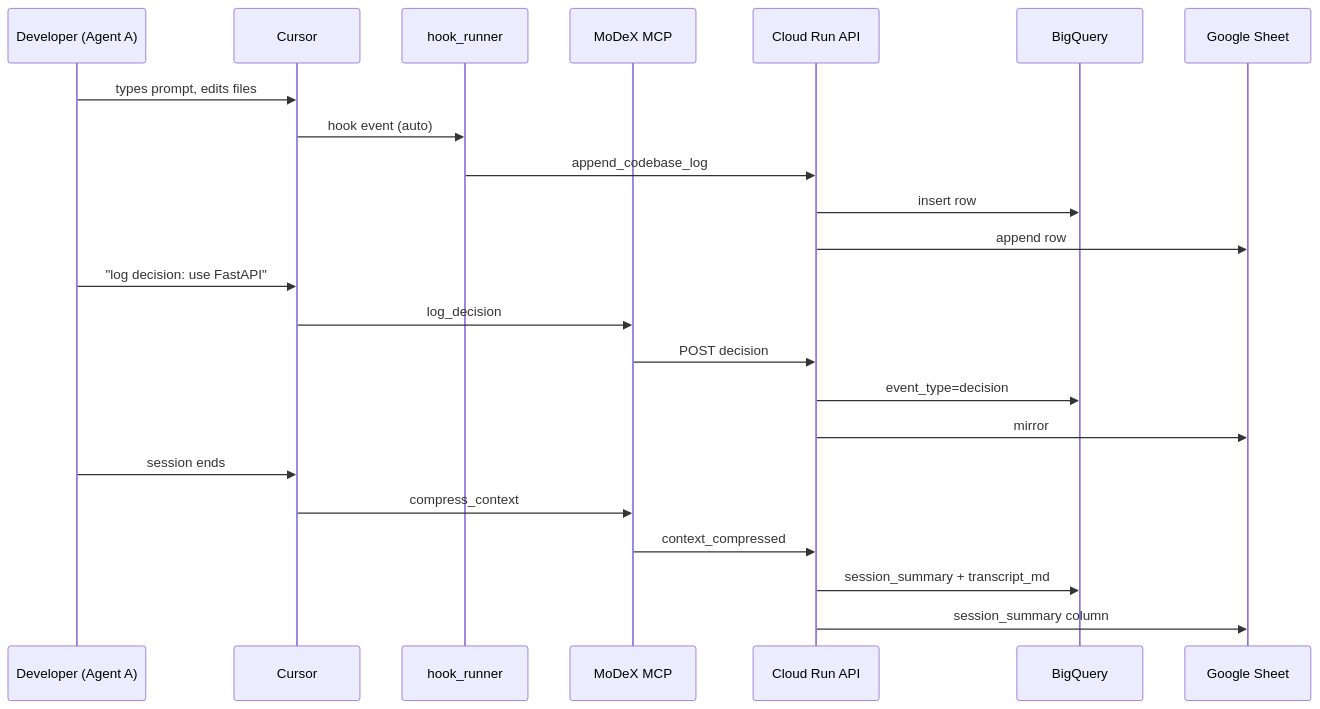
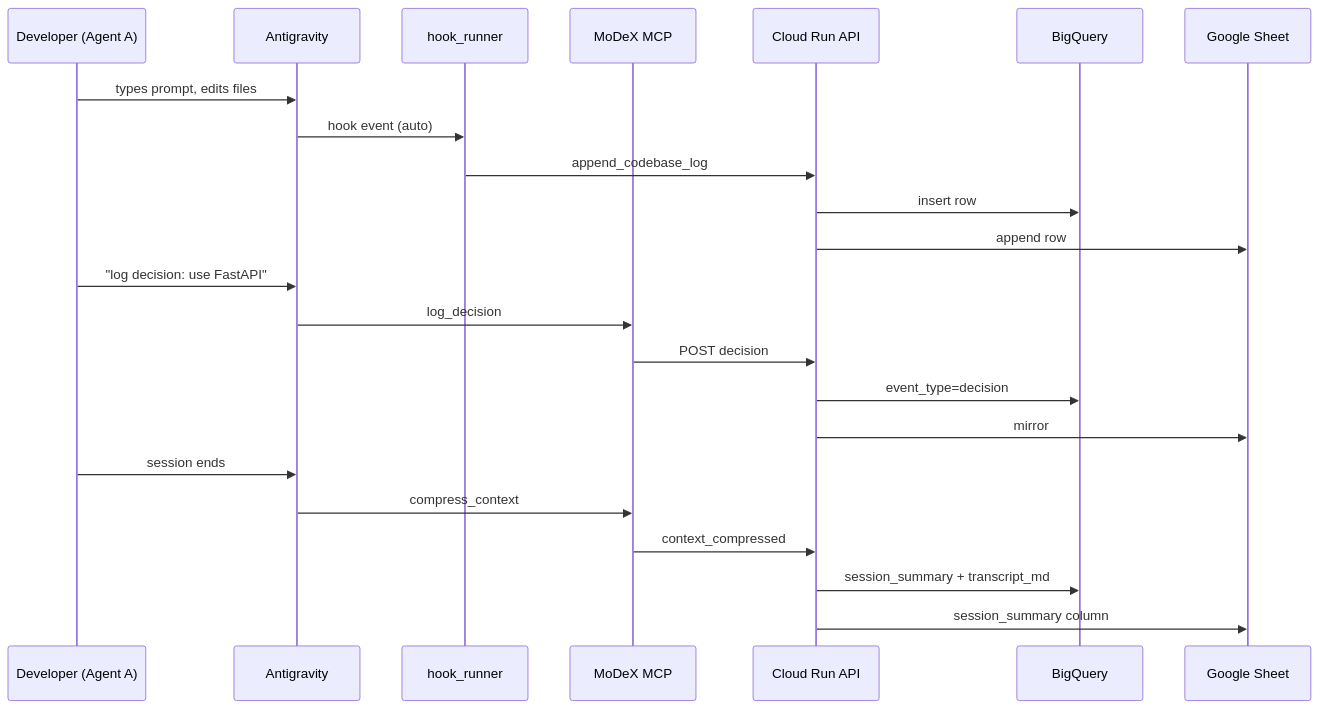
Before and after one commit to Maanyaya/google-hackathon: the second of 6 diagrams in docs/ARCHITECTURE_CONNECTIONS.md, drawn with Mermaid. The commit also changed other lines of this file and 78 other files, not shown here.

Commit message:
feat: Fivetran Hub dashboard, Section 7B Antigravity-only compliance, remove Cursor artifacts

````diff
--- a/docs/ARCHITECTURE_CONNECTIONS.md
+++ b/docs/ARCHITECTURE_CONNECTIONS.md
@@ -90,28 +90,28 @@
 ```mermaid
 sequenceDiagram
     participant Dev as Developer (Agent A)
-    participant IDE as Cursor
+    participant IDE as Antigravity
     participant Hook as hook_runner
     participant MCP as MoDeX MCP
     participant API as Cloud Run API
     participant BQ as BigQuery
     participant Sheet as Google Sheet
 
     Dev->>IDE: types prompt, edits files
     IDE->>Hook: hook event (auto)
     Hook->>API: append_codebase_log
     API->>BQ: insert row
     API->>Sheet: append row
 
     Dev->>IDE: "log decision: use FastAPI"
     IDE->>MCP: log_decision
     MCP->>API: POST decision
     API->>BQ: event_type=decision
     API->>Sheet: mirror
 
     Dev->>IDE: session ends
     IDE->>MCP: compress_context
     MCP->>API: context_compressed
     API->>BQ: session_summary + transcript_md
     API->>Sheet: session_summary column
 ```
````
